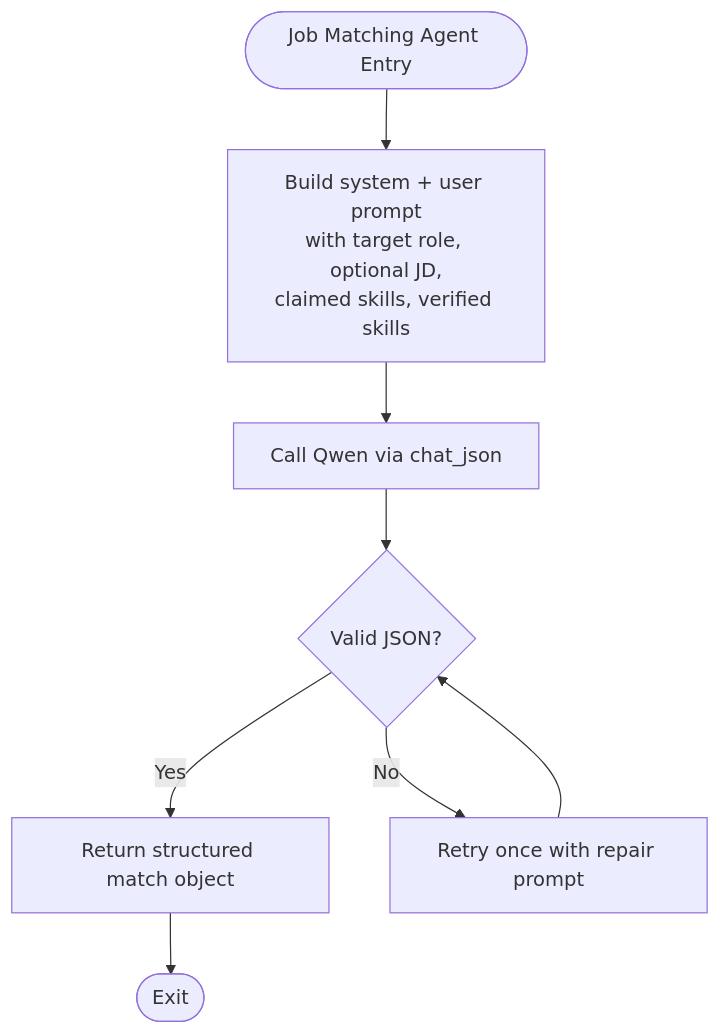
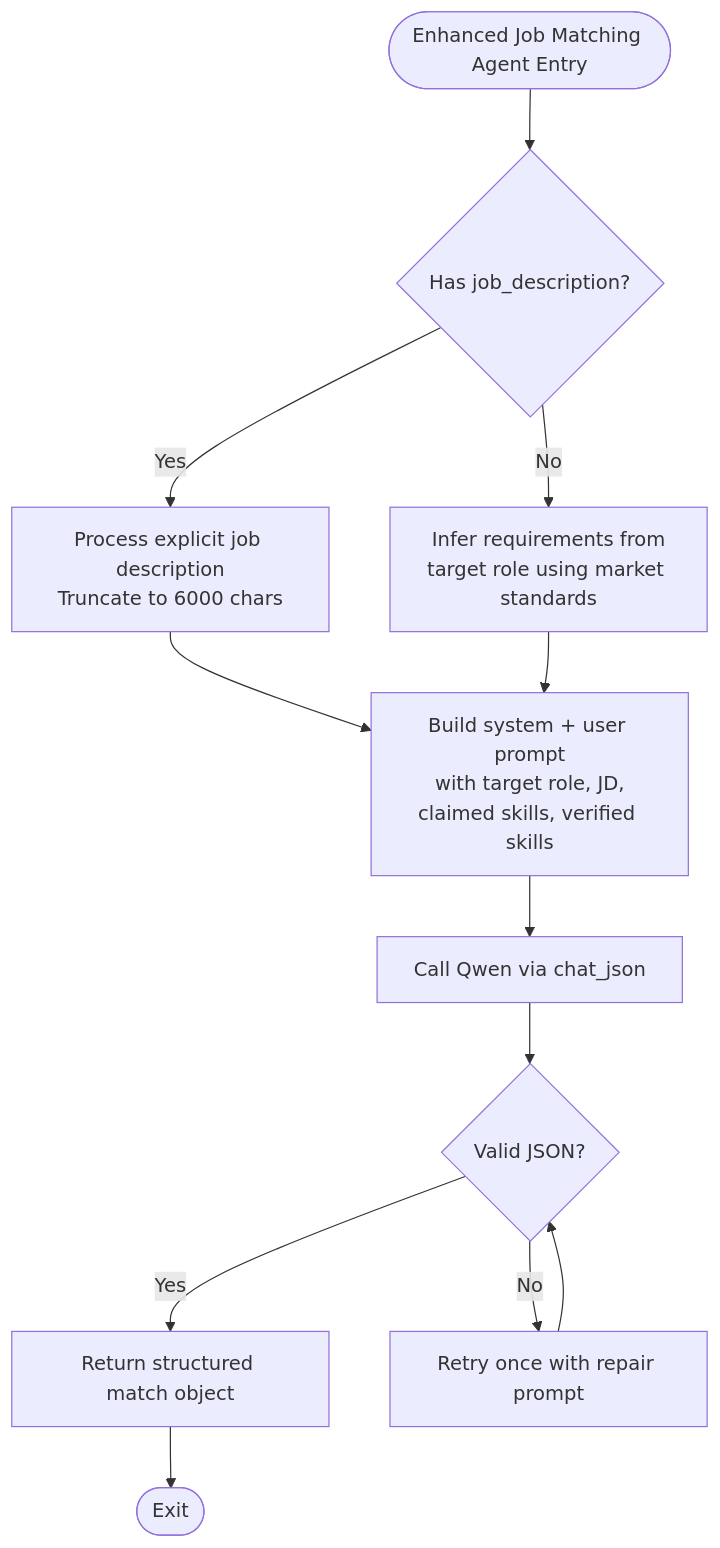
The third of 5 diagrams in .qoder/repowiki/en/content/Multi-Agent System/Job Matching Agent.md (waqarimran342/CareerOS-AI), drawn with Mermaid before and after one commit. The commit also changed other lines of this file and 32 other files, not shown here.

````diff
--- a/.qoder/repowiki/en/content/Multi-Agent System/Job Matching Agent.md
+++ b/.qoder/repowiki/en/content/Multi-Agent System/Job Matching Agent.md
@@ -156,10 +167,14 @@
 ```mermaid
 flowchart TD
-Start(["Job Matching Agent Entry"]) --> BuildPrompt["Build system + user prompt<br/>with target role, optional JD,<br/>claimed skills, verified skills"]
+Start(["Enhanced Job Matching Agent Entry"]) --> CheckJD{"Has job_description?"}
+CheckJD --> |Yes| ProcessJD["Process explicit job description<br/>Truncate to 6000 chars"]
+CheckJD --> |No| ProcessMarket["Infer requirements from<br/>target role using market standards"]
+ProcessJD --> BuildPrompt["Build system + user prompt<br/>with target role, JD,<br/>claimed skills, verified skills"]
+ProcessMarket --> BuildPrompt
 BuildPrompt --> CallLLM["Call Qwen via chat_json"]
 CallLLM --> Parse{"Valid JSON?"}
 Parse --> |Yes| Return["Return structured match object"]
 Parse --> |No| Retry["Retry once with repair prompt"]
 Retry --> Parse
 Return --> End(["Exit"])
 ```
````
